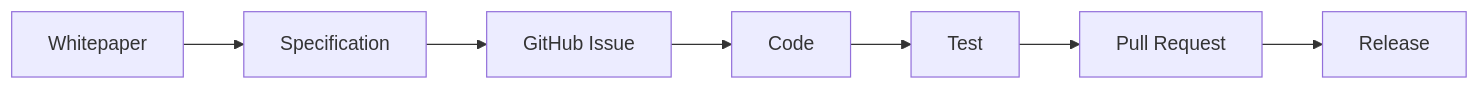
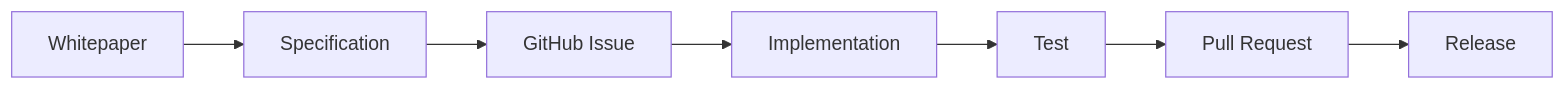
One commit to ShigeichiroYamasaki/creator-first-platform changed the seventh of 46 diagrams in docs/whitepaper/13-roadmap.md. Above: the diagram before and after it, drawn with Mermaid. The commit also changed other lines of this file, not shown here.

````diff
--- a/docs/whitepaper/13-roadmap.md
+++ b/docs/whitepaper/13-roadmap.md
@@ -207,12 +207,12 @@
 ```mermaid
 flowchart LR
     WP[Whitepaper]
     SPEC[Specification]
     ISSUE[GitHub Issue]
-    CODE[Code]
+    CODE[Implementation]
     TEST[Test]
     PR[Pull Request]
     RELEASE[Release]
 
     WP --> SPEC --> ISSUE --> CODE --> TEST --> PR --> RELEASE
 ```
````
